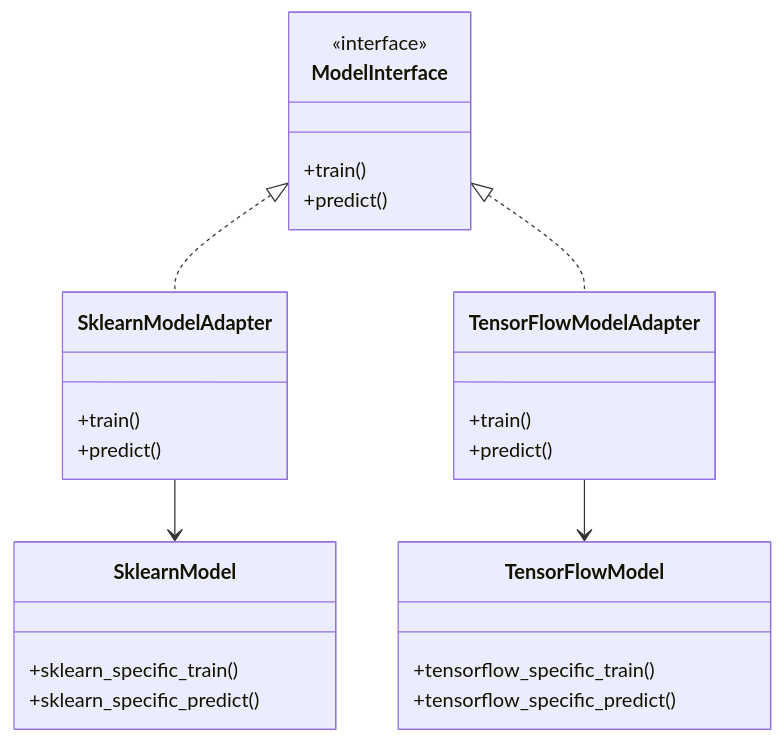
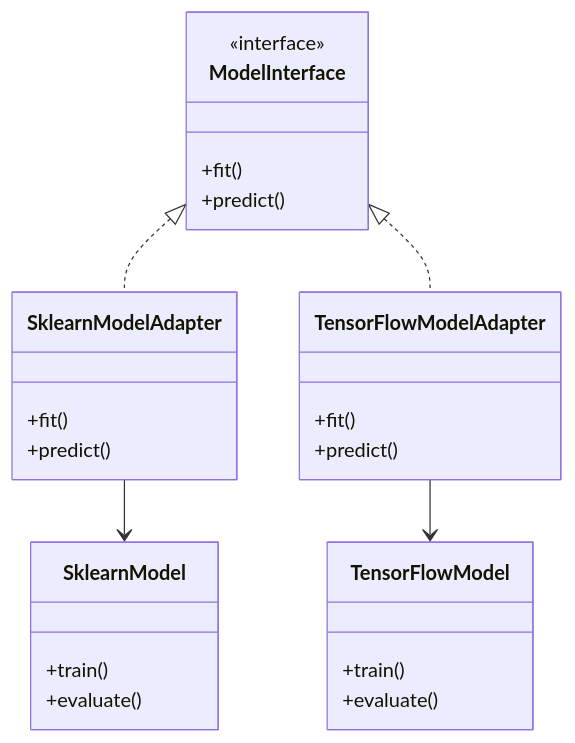
One commit to sylvainbonnot/sylvainbonnot.github.io changed the diagram in _posts/2023-12-08-Design_patterns_for_ML_1.md. Above: the diagram before and after it, drawn with Mermaid.

````diff
--- a/_posts/2023-12-08-Design_patterns_for_ML_1.md
+++ b/_posts/2023-12-08-Design_patterns_for_ML_1.md
@@ -116,33 +116,33 @@
 ```mermaid
 classDiagram
     class ModelInterface {
         <<interface>>
-        +train()
+        +fit()
         +predict()
     }
 
     class SklearnModel {
-        +sklearn_specific_train()
-        +sklearn_specific_predict()
+        +train()
+        +evaluate()
     }
 
     class TensorFlowModel {
-        +tensorflow_specific_train()
-        +tensorflow_specific_predict()
+        +train()
+        +evaluate()
     }
 
     class SklearnModelAdapter {
-        +train()
+        +fit()
         +predict()
     }
 
     class TensorFlowModelAdapter {
-        +train()
+        +fit()
         +predict()
     }
 
     ModelInterface <|.. SklearnModelAdapter
     ModelInterface <|.. TensorFlowModelAdapter
     SklearnModelAdapter --> SklearnModel
     TensorFlowModelAdapter --> TensorFlowModel
 ```
````
